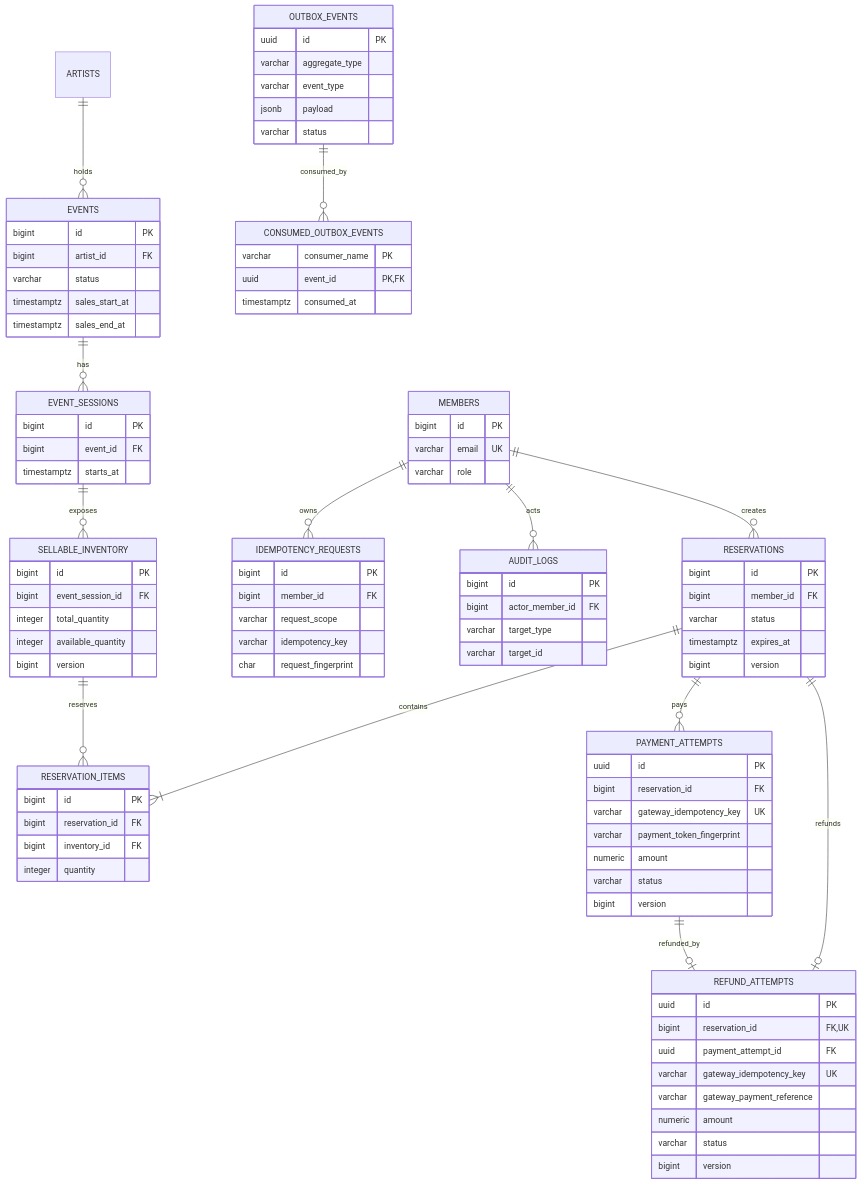
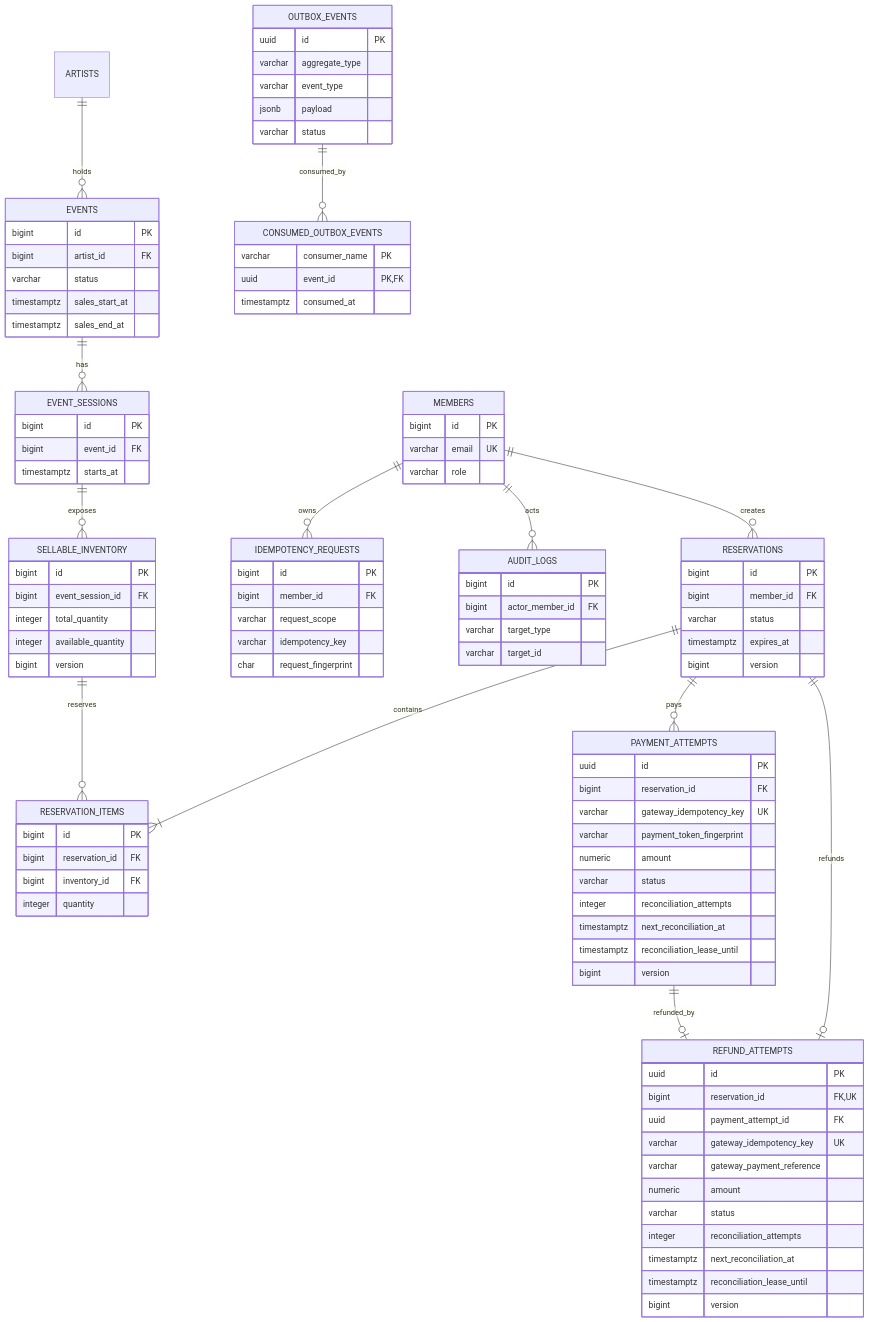
One commit to Beomballa/Ticket changed the diagram in docs/architecture/erd.md. Above: the diagram before and after it, drawn with Mermaid. The commit also changed other lines of this file and 23 other files, not shown here.

```diff
--- a/docs/architecture/erd.md
+++ b/docs/architecture/erd.md
@@ -61,6 +61,9 @@
         varchar payment_token_fingerprint
         numeric amount
         varchar status
+        integer reconciliation_attempts
+        timestamptz next_reconciliation_at
+        timestamptz reconciliation_lease_until
         bigint version
     }
     REFUND_ATTEMPTS {
@@ -71,6 +74,9 @@
         varchar gateway_payment_reference
         numeric amount
         varchar status
+        integer reconciliation_attempts
+        timestamptz next_reconciliation_at
+        timestamptz reconciliation_lease_until
         bigint version
     }
     IDEMPOTENCY_REQUESTS {
```
